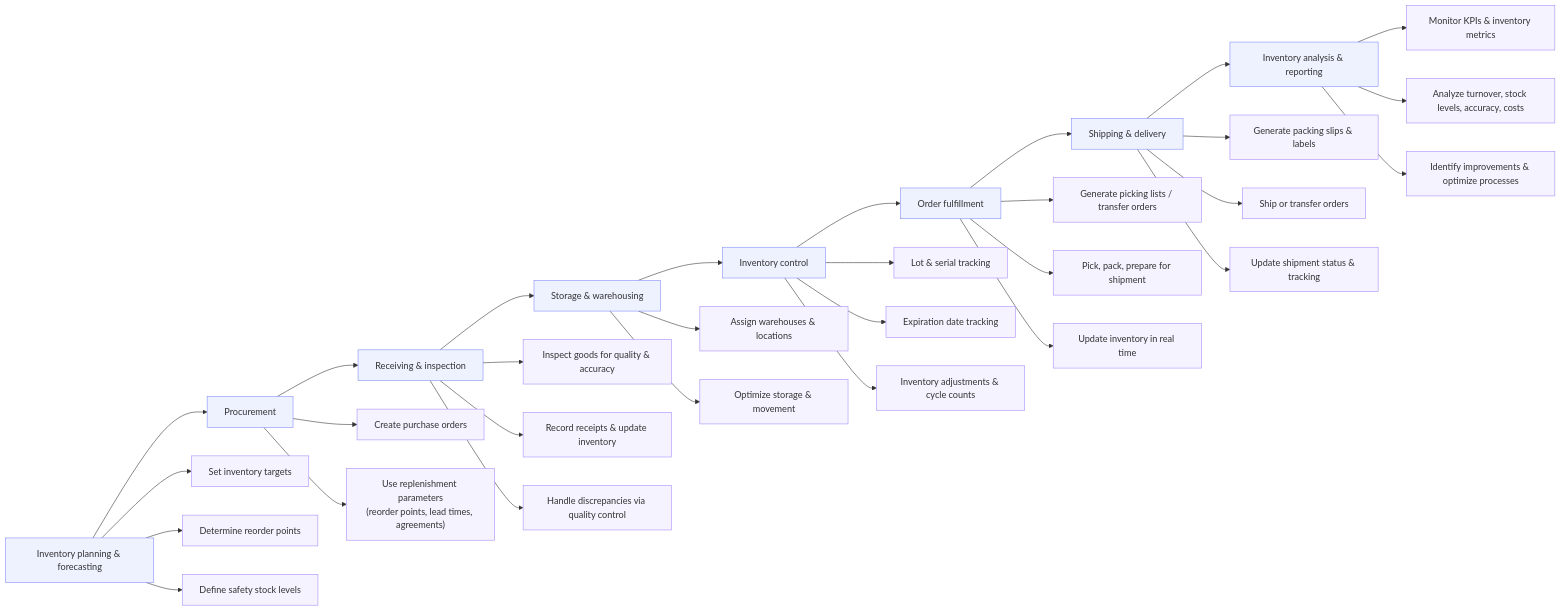
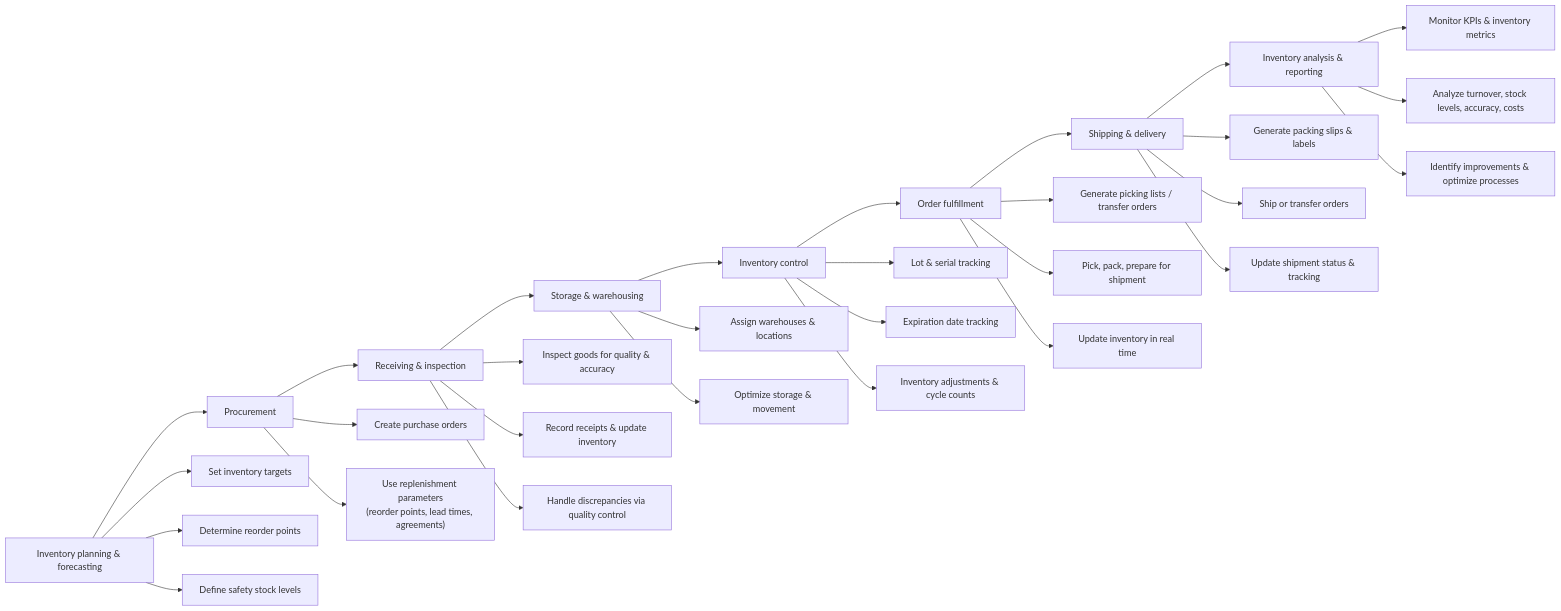
The second of 2 diagrams in docs/diagrams/supply chain/planning & operations/inventory management/README.md (FabricProject161/fabric-learning), drawn with Mermaid before and after one commit.

````diff
--- a/docs/diagrams/supply chain/planning & operations/inventory management/README.md
+++ b/docs/diagrams/supply chain/planning & operations/inventory management/README.md
@@ -27,49 +27,40 @@
 ```mermaid
----
-config:
-  layout: dagre
----
 flowchart LR
     A[Inventory planning & forecasting] --> B[Procurement]
     B --> C[Receiving & inspection]
     C --> D[Storage & warehousing]
     D --> E[Inventory control]
     E --> F[Order fulfillment]
     F --> G[Shipping & delivery]
     G --> H[Inventory analysis & reporting]
 
     A --> A1[Set inventory targets]
     A --> A2[Determine reorder points]
     A --> A3[Define safety stock levels]
 
     B --> B1[Create purchase orders]
     B --> B2["Use replenishment parameters<br/>(reorder points, lead times, agreements)"]
 
     C --> C1[Inspect goods for quality & accuracy]
     C --> C2[Record receipts & update inventory]
     C --> C3[Handle discrepancies via quality control]
 
     D --> D1[Assign warehouses & locations]
     D --> D2[Optimize storage & movement]
 
     E --> E1[Lot & serial tracking]
     E --> E2[Expiration date tracking]
     E --> E3[Inventory adjustments & cycle counts]
 
     F --> F1[Generate picking lists / transfer orders]
     F --> F2[Pick, pack, prepare for shipment]
     F --> F3[Update inventory in real time]
 
     G --> G1[Generate packing slips & labels]
     G --> G2[Ship or transfer orders]
     G --> G3[Update shipment status & tracking]
 
     H --> H1[Monitor KPIs & inventory metrics]
     H --> H2[Analyze turnover, stock levels, accuracy, costs]
     H --> H3[Identify improvements & optimize processes]
-
-    classDef stageMain stroke:#818cf8,fill:#eef2ff
-    classDef stageDetail stroke:#a78bfa,fill:#f5f3ff
-    class A,B,C,D,E,F,G,H stageMain
-    class A1,A2,A3,B1,B2,C1,C2,C3,D1,D2,E1,E2,E3,F1,F2,F3,G1,G2,G3,H1,H2,H3 stageDetail
 ```
````
